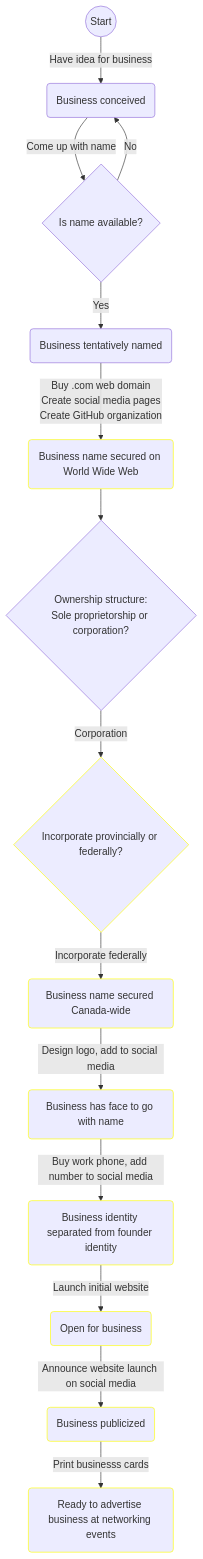
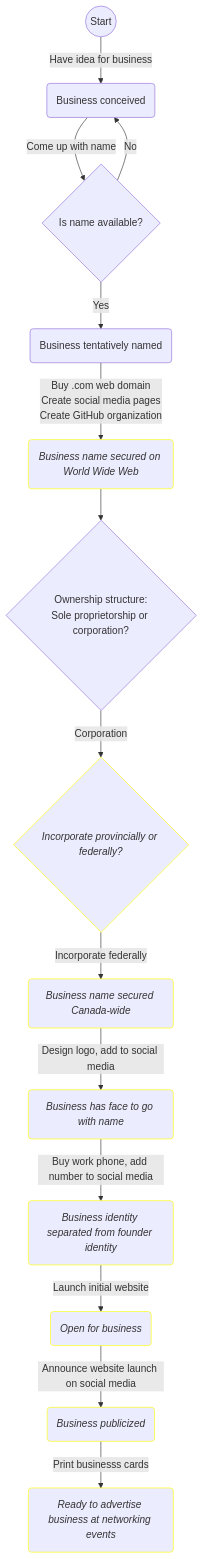
The diagram in bizdev/bizdev.md (OttawaNerdCorp/blog), drawn with Mermaid before and after one commit. The commit also changed other lines of this file, not shown here.

Commit message:
Add italics to todo style in flowchart
Yellow outline has poor visibility on GitHub light mode. Didn't realize when I was working in VS Code dark mode.

````diff
--- a/bizdev/bizdev.md
+++ b/bizdev/bizdev.md
@@ -18,19 +18,19 @@
 ```mermaid
 flowchart TB
-    classDef todo stroke:yellow
+    classDef todo stroke:yellow,font-style:italic
 
     s0((Start)) -- Have idea for business --> s1(Business conceived)
     s1 -- Come up with name --> d1
     d1{Is name available?}
     d1 -- No --> s1
     d1 -- Yes --> s2(Business tentatively named)
     s2 -- Buy .com web domain<br>Create social media pages<br>Create GitHub organization --> s3(Business name secured on World Wide Web):::todo
     s3 --> d2{Ownership structure:<br>Sole proprietorship or corporation?}
     d2 -- Corporation --> d3{Incorporate provincially or federally?}:::todo
     d3 -- Incorporate federally --> s7(Business name secured Canada-wide):::todo
     s7 -- Design logo, add to social media --> s8(Business has face to go with name):::todo
     s8 -- Buy work phone, add number to social media --> s9(Business identity separated from founder identity):::todo
     s9 -- Launch initial website --> s10(Open for business):::todo
     s10 -- Announce website launch on social media --> s11(Business publicized):::todo
     s11 -- Print businesss cards --> s13(Ready to advertise business at networking events):::todo
 ```
````
